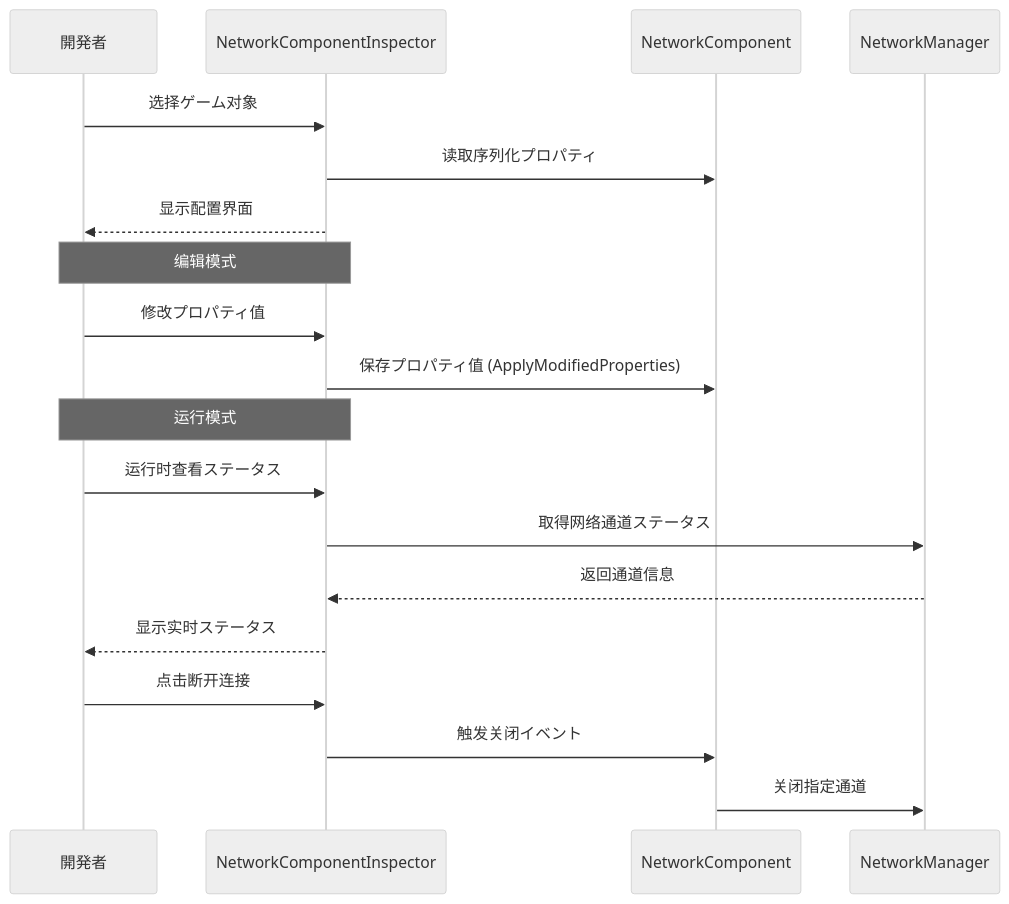
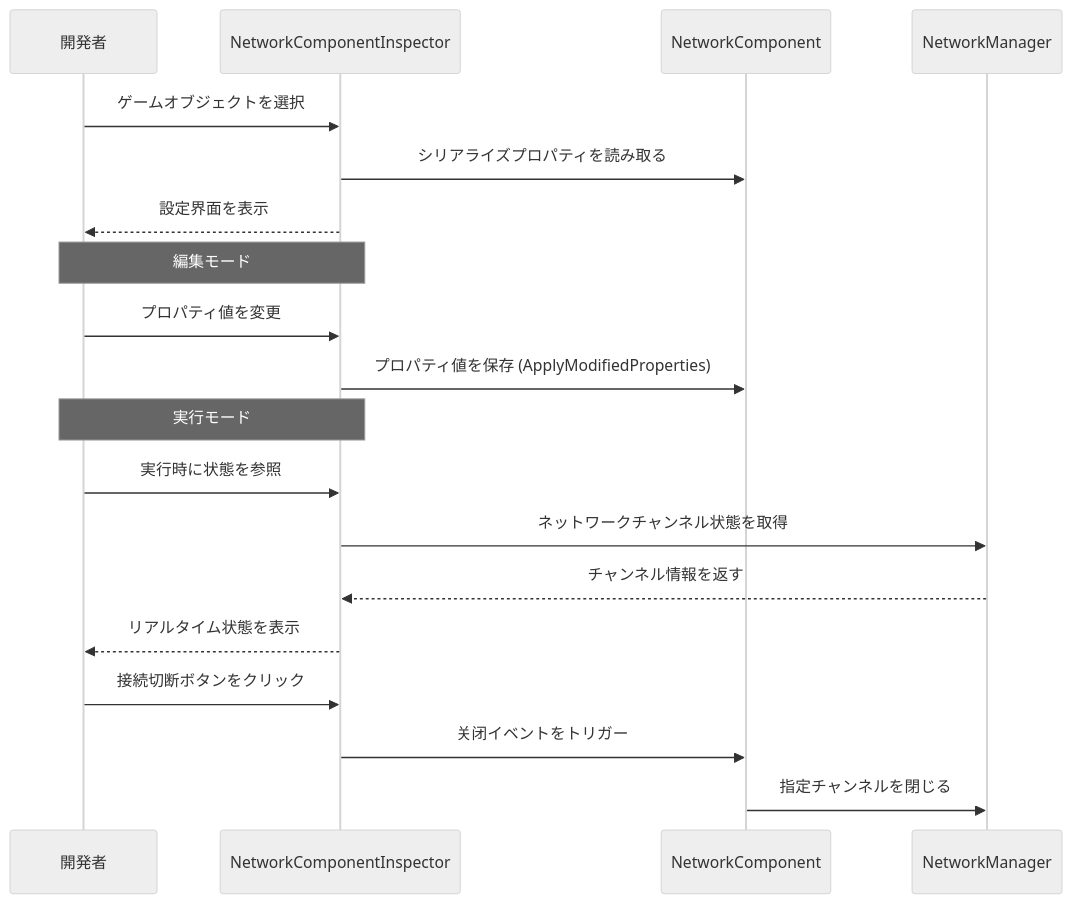
Before and after one commit to AlianBlank/GameFrameX.Docs: the second of 3 diagrams in docs/ja/client/unity/component/network/12.editor-configuration.md, drawn with Mermaid (neutral theme). The commit also changed other lines of this file and 320 other files, not shown here.

````diff
--- a/docs/ja/client/unity/component/network/12.editor-configuration.md
+++ b/docs/ja/client/unity/component/network/12.editor-configuration.md
@@ -265,27 +265,27 @@
 ```mermaid
 sequenceDiagram
     participant Dev as 開発者
     participant Inspector as NetworkComponentInspector
     participant NC as NetworkComponent
     participant NM as NetworkManager
 
-    Dev->>Inspector: 选择ゲーム对象
-    Inspector->>NC: 读取序列化プロパティ
-    Inspector-->>Dev: 显示配置界面
+    Dev->>Inspector: ゲームオブジェクトを選択
+    Inspector->>NC: シリアライズプロパティを読み取る
+    Inspector-->>Dev: 設定界面を表示
     
-    Note over Dev,Inspector: 编辑模式
+    Note over Dev,Inspector: 編集モード
     
-    Dev->>Inspector: 修改プロパティ值
-    Inspector->>NC: 保存プロパティ值 (ApplyModifiedProperties)
+    Dev->>Inspector: プロパティ値を変更
+    Inspector->>NC: プロパティ値を保存 (ApplyModifiedProperties)
     
-    Note over Dev,Inspector: 运行模式
+    Note over Dev,Inspector: 実行モード
     
-    Dev->>Inspector: 运行时查看ステータス
-    Inspector->>NM: 取得网络通道ステータス
-    NM-->>Inspector: 返回通道信息
-    Inspector-->>Dev: 显示实时ステータス
+    Dev->>Inspector: 実行時に状態を参照
+    Inspector->>NM: ネットワークチャンネル状態を取得
+    NM-->>Inspector: チャンネル情報を返す
+    Inspector-->>Dev: リアルタイム状態を表示
     
-    Dev->>Inspector: 点击断开连接
-    Inspector->>NC: 触发关闭イベント
-    NC->>NM: 关闭指定通道
+    Dev->>Inspector: 接続切断ボタンをクリック
+    Inspector->>NC: 关闭イベントをトリガー
+    NC->>NM: 指定チャンネルを閉じる
 ```
````
